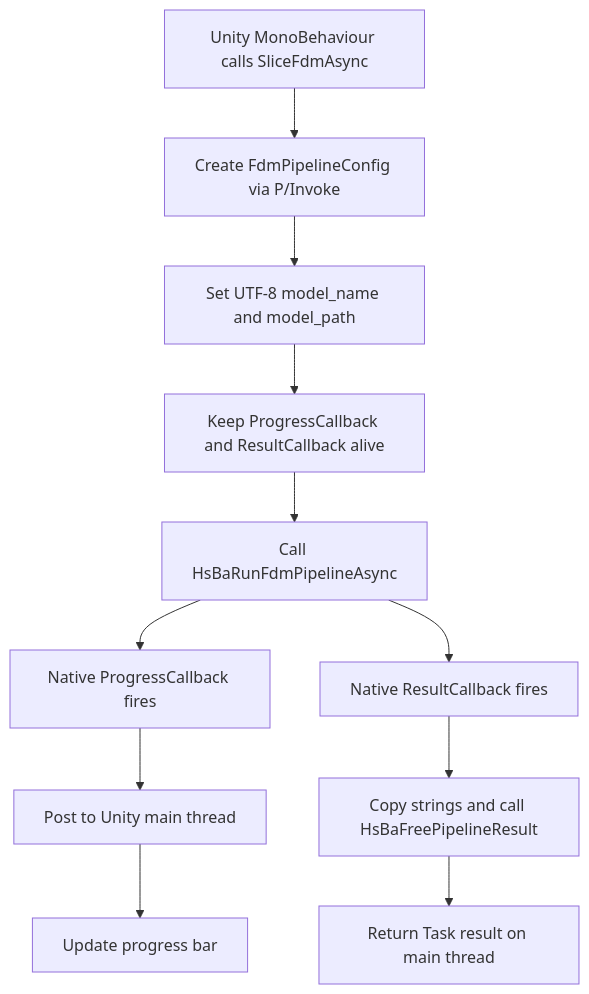
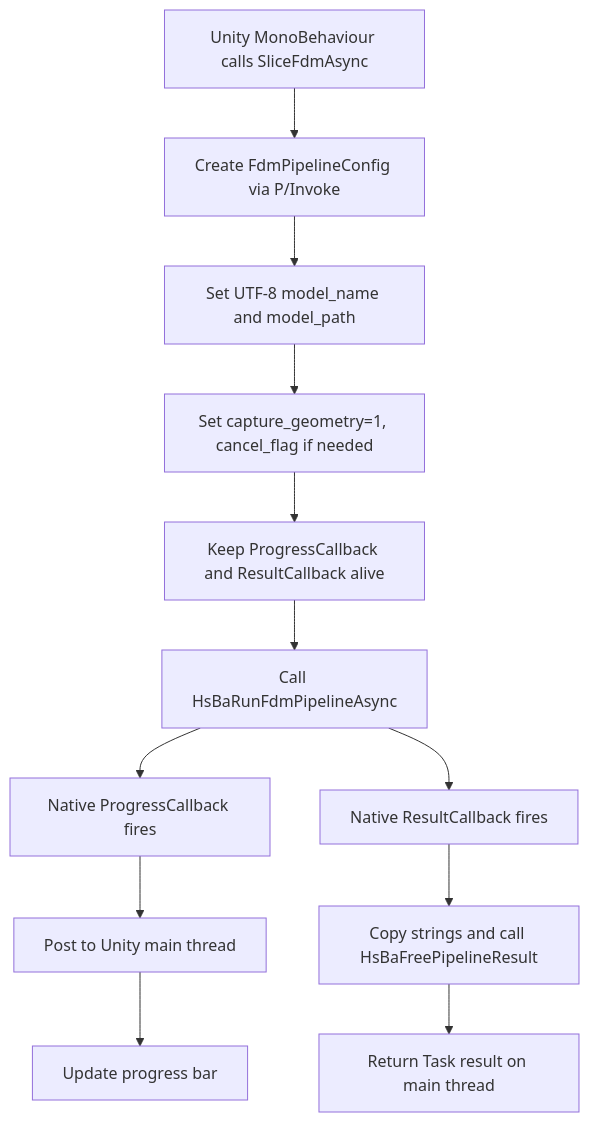
One commit to hsmbanlance/HsBaSlicer changed the third of 10 diagrams in .qoder/repowiki/en/content/Integration Guide/Integration Guide.md. Above: the diagram before and after it, drawn with Mermaid. The commit also changed other lines of this file and 101 other files, not shown here.

````diff
--- a/.qoder/repowiki/en/content/Integration Guide/Integration Guide.md
+++ b/.qoder/repowiki/en/content/Integration Guide/Integration Guide.md
@@ -131,13 +274,14 @@
 ```mermaid
 flowchart TD
 Start["Unity MonoBehaviour calls SliceFdmAsync"] --> CreateCfg["Create FdmPipelineConfig via P/Invoke"]
 CreateCfg --> SetStrings["Set UTF-8 model_name and model_path"]
-SetStrings --> KeepDelegates["Keep ProgressCallback and ResultCallback alive"]
+SetStrings --> SetGUIFields["Set capture_geometry=1, cancel_flag if needed"]
+SetGUIFields --> KeepDelegates["Keep ProgressCallback and ResultCallback alive"]
 KeepDelegates --> RunAsync["Call HsBaRunFdmPipelineAsync"]
 RunAsync --> NativeProgress["Native ProgressCallback fires"]
 NativeProgress --> MainThread["Post to Unity main thread"]
 MainThread --> UpdateUI["Update progress bar"]
 RunAsync --> NativeResult["Native ResultCallback fires"]
 NativeResult --> FreeResult["Copy strings and call HsBaFreePipelineResult"]
 FreeResult --> Done["Return Task result on main thread"]
 ```
````
